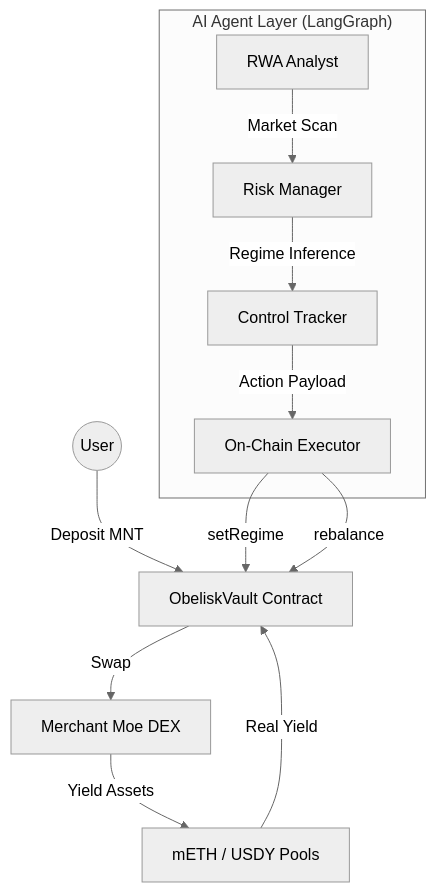
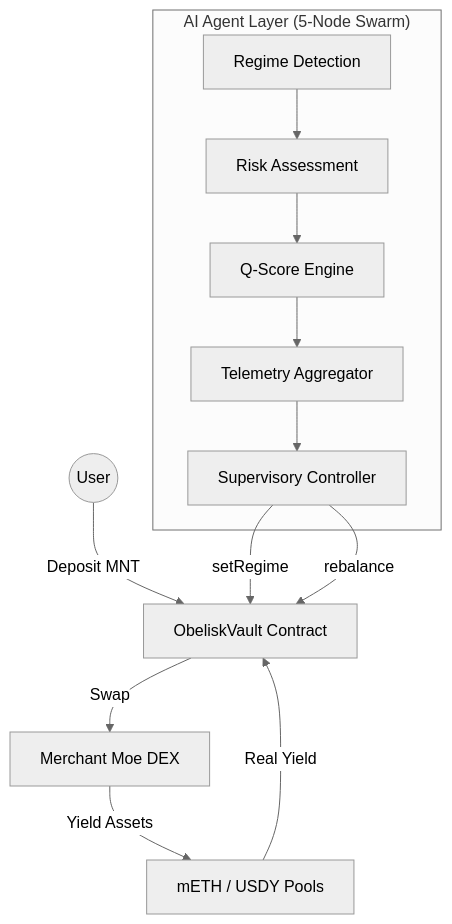
The diagram in README.md (samixrd/Obelisk-Q), drawn with Mermaid (neutral theme) before and after one commit. The commit also changed other lines of this file and 5 other files, not shown here.

````diff
--- a/README.md
+++ b/README.md
@@ -13,18 +13,19 @@
 ```mermaid
 graph TD
     User((User)) -->|Deposit MNT| Vault[ObeliskVault Contract]
     
-    subgraph "AI Agent Layer (LangGraph)"
-        Analyst[RWA Analyst] -->|Market Scan| Risk[Risk Manager]
-        Risk -->|Regime Inference| Tracker[Control Tracker]
-        Tracker -->|Action Payload| Executor[On-Chain Executor]
+    subgraph "AI Agent Layer (5-Node Swarm)"
+        Regime[Regime Detection] --> Risk[Risk Assessment]
+        Risk --> QScore[Q-Score Engine]
+        QScore --> Telemetry[Telemetry Aggregator]
+        Telemetry --> Supervisor[Supervisory Controller]
     end
     
-    Executor -->|setRegime| Vault
-    Executor -->|rebalance| Vault
+    Supervisor -->|setRegime| Vault
+    Supervisor -->|rebalance| Vault
     
     Vault -->|Swap| DEX[Merchant Moe DEX]
     DEX -->|Yield Assets| YieldPools[mETH / USDY Pools]
     
     YieldPools -->|Real Yield| Vault
 ```
````
